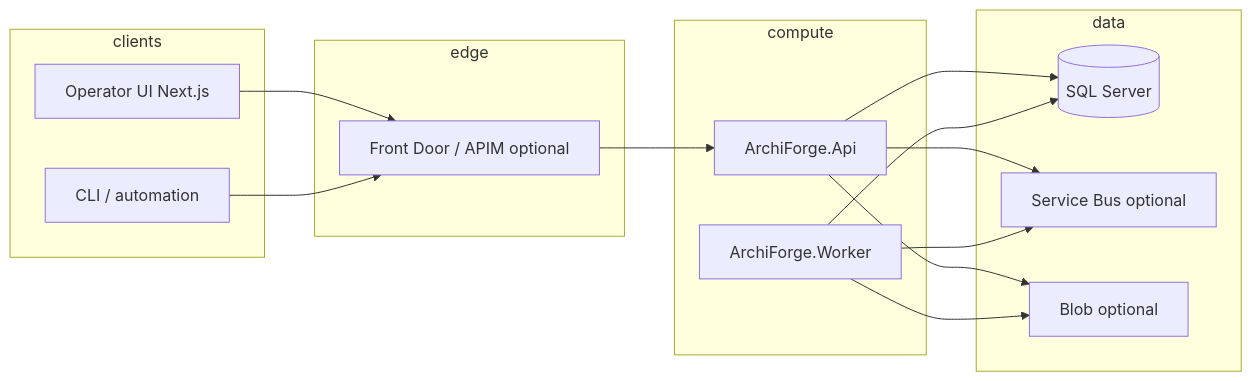
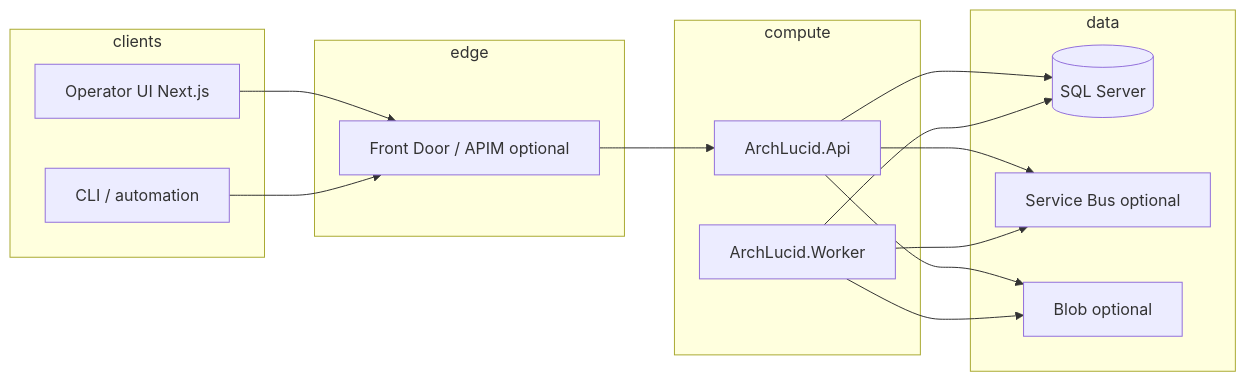
Before and after one commit to joefrancisGA/ArchLucid: the diagram in docs/ARCHITECTURE_ON_A_PAGE.md, drawn with Mermaid. The commit also changed other lines of this file and 2569 other files, not shown here.

````diff
--- a/docs/ARCHITECTURE_ON_A_PAGE.md
+++ b/docs/ARCHITECTURE_ON_A_PAGE.md
@@ -20,28 +20,28 @@
 ```mermaid
 flowchart LR
   subgraph clients
     UI[Operator UI Next.js]
     CLI[CLI / automation]
   end
   subgraph edge
     FD[Front Door / APIM optional]
   end
   subgraph compute
-    API[ArchiForge.Api]
-    W[ArchiForge.Worker]
+    API[ArchLucid.Api]
+    W[ArchLucid.Worker]
   end
   subgraph data
     SQL[(SQL Server)]
     SB[Service Bus optional]
     Blob[Blob optional]
   end
   UI --> FD
   CLI --> FD
   FD --> API
   API --> SQL
   W --> SQL
   API --> SB
   W --> SB
   API --> Blob
   W --> Blob
 ```
````
